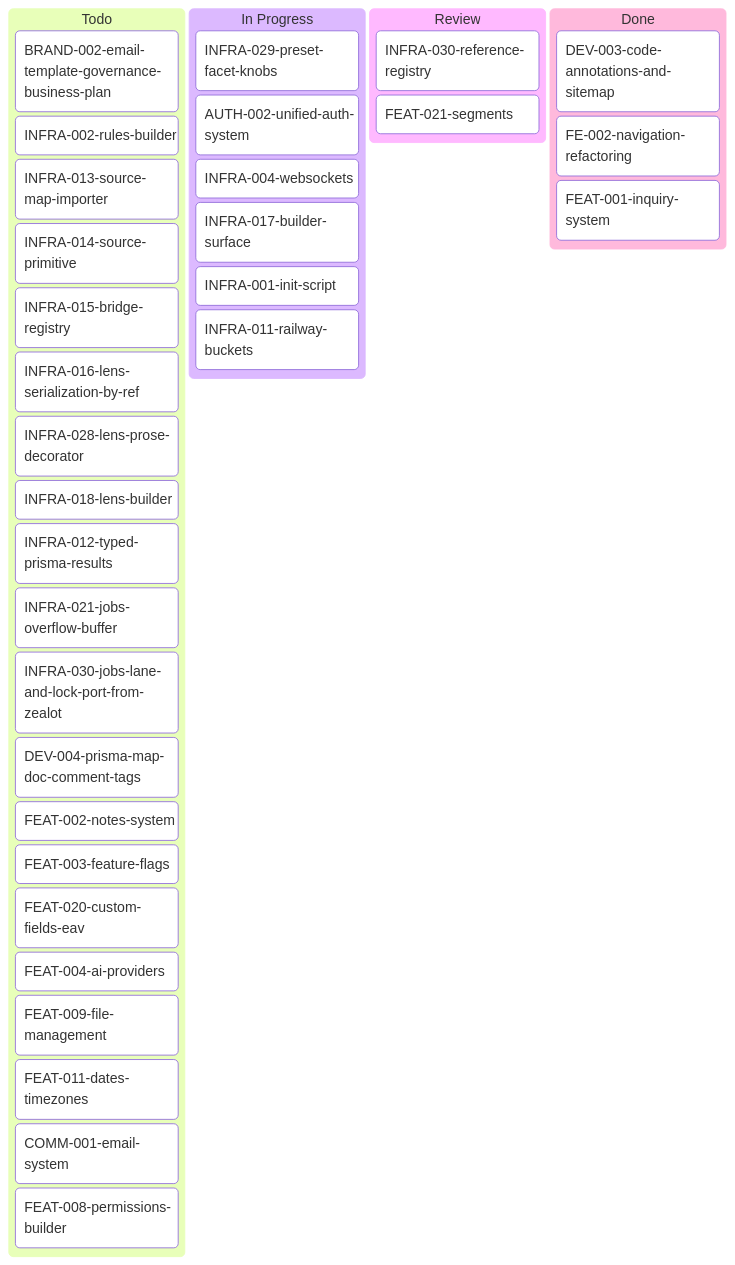
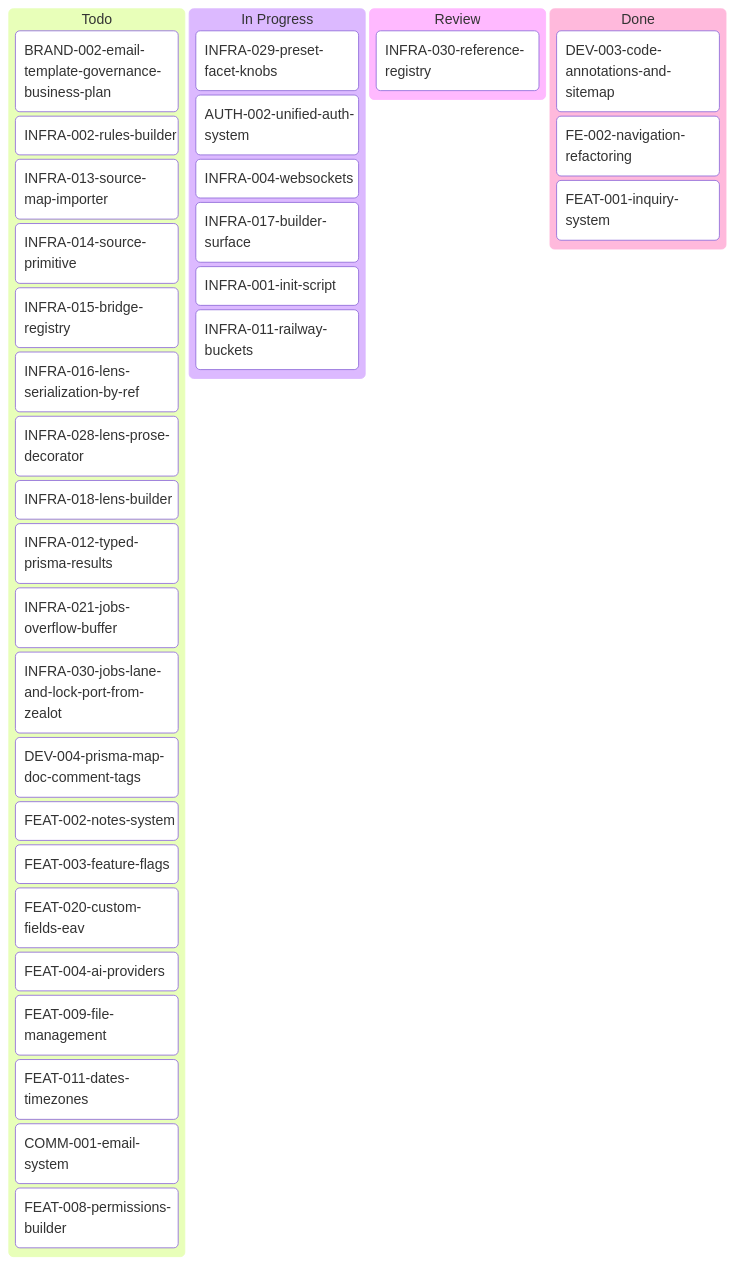
One commit to inixiative/template changed the diagram in tickets/kanban-aron.md. Above: the diagram before and after it, drawn with Mermaid. The commit also changed other lines of this file and 114 other files, not shown here.

````diff
--- a/tickets/kanban-aron.md
+++ b/tickets/kanban-aron.md
@@ -3,43 +3,42 @@
 ```mermaid
 ---
 config:
   kanban:
     ticketBaseUrl: 'https://github.com/yourorg/template/blob/main/tickets/#TICKET#'
 ---
 kanban
   Todo
     BRAND-002-email-template-governance-business-plan
     INFRA-002-rules-builder
     INFRA-013-source-map-importer
     INFRA-014-source-primitive
     INFRA-015-bridge-registry
     INFRA-016-lens-serialization-by-ref
     INFRA-028-lens-prose-decorator
     INFRA-018-lens-builder
     INFRA-012-typed-prisma-results
     INFRA-021-jobs-overflow-buffer
     INFRA-030-jobs-lane-and-lock-port-from-zealot
     DEV-004-prisma-map-doc-comment-tags
     FEAT-002-notes-system
     FEAT-003-feature-flags
     FEAT-020-custom-fields-eav
     FEAT-004-ai-providers
     FEAT-009-file-management
     FEAT-011-dates-timezones
     COMM-001-email-system
     FEAT-008-permissions-builder
   In Progress
     INFRA-029-preset-facet-knobs
     AUTH-002-unified-auth-system
     INFRA-004-websockets
     INFRA-017-builder-surface
     INFRA-001-init-script
     INFRA-011-railway-buckets
   Review
     INFRA-030-reference-registry
-    FEAT-021-segments
   Done
     DEV-003-code-annotations-and-sitemap
     FE-002-navigation-refactoring
     FEAT-001-inquiry-system
 ```
````
